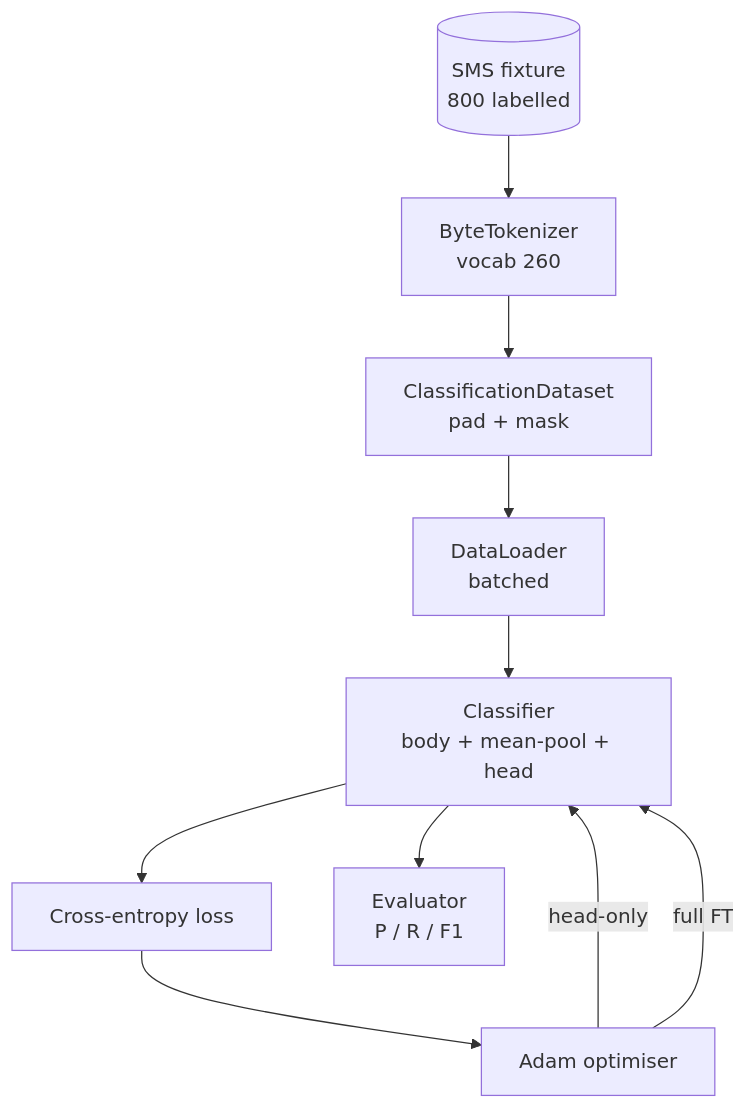
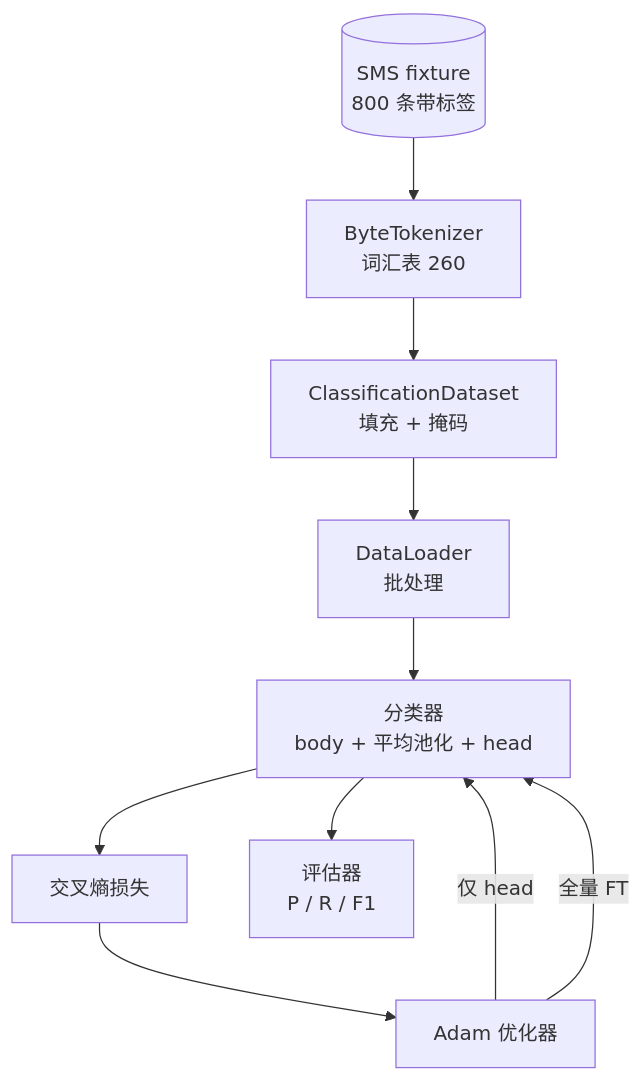
One commit to guangningsun/ailearning changed the third of 3 diagrams in lessons/19-capstone-projects/38-classifier-finetuning/docs/zh.md. Above: the diagram before and after it, drawn with Mermaid. The commit also changed other lines of this file and 85 other files, not shown here.

````diff
--- a/lessons/19-capstone-projects/38-classifier-finetuning/docs/zh.md
+++ b/lessons/19-capstone-projects/38-classifier-finetuning/docs/zh.md
@@ -94,12 +94,12 @@
 ```mermaid
 flowchart TD
-  Toks[(SMS fixture<br/>800 labelled)] --> Tok[ByteTokenizer<br/>vocab 260]
-  Tok --> DS[ClassificationDataset<br/>pad + mask]
-  DS --> DL[DataLoader<br/>batched]
-  DL --> M[Classifier<br/>body + mean-pool + head]
-  M --> L[Cross-entropy loss]
-  L --> O[Adam optimiser]
-  O -->|head-only| M
-  O -->|full FT| M
-  M --> E[Evaluator<br/>P / R / F1]
+  Toks[(SMS fixture<br/>800 条带标签)] --> Tok[ByteTokenizer<br/>词汇表 260]
+  Tok --> DS[ClassificationDataset<br/>填充 + 掩码]
+  DS --> DL[DataLoader<br/>批处理]
+  DL --> M[分类器<br/>body + 平均池化 + head]
+  M --> L[交叉熵损失]
+  L --> O[Adam 优化器]
+  O -->|仅 head| M
+  O -->|全量 FT| M
+  M --> E[评估器<br/>P / R / F1]
 ```
````
